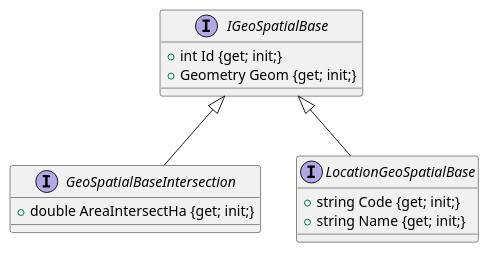
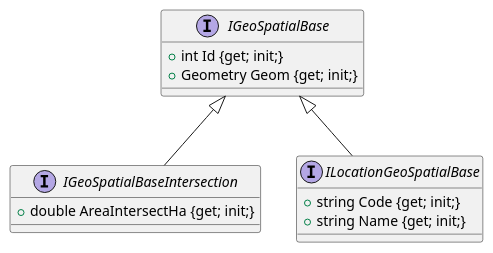
Before and after one commit to ruralgises/documentation: the diagram in class-diagram/interfaces-base.plantuml, drawn with PlantUML.

```diff
--- a/class-diagram/interfaces-base.plantuml
+++ b/class-diagram/interfaces-base.plantuml
@@ -1,17 +1,17 @@
 @startuml
 
 interface IGeoSpatialBase {
     +int Id {get; init;}
     +Geometry Geom {get; init;}
 }
 
-interface GeoSpatialBaseIntersection extends IGeoSpatialBase {
+interface IGeoSpatialBaseIntersection extends IGeoSpatialBase {
     +double AreaIntersectHa {get; init;}
 }
 
-interface LocationGeoSpatialBase extends IGeoSpatialBase {
+interface ILocationGeoSpatialBase extends IGeoSpatialBase {
     +string Code {get; init;}
     +string Name {get; init;}
 }
 
 @enduml
```
